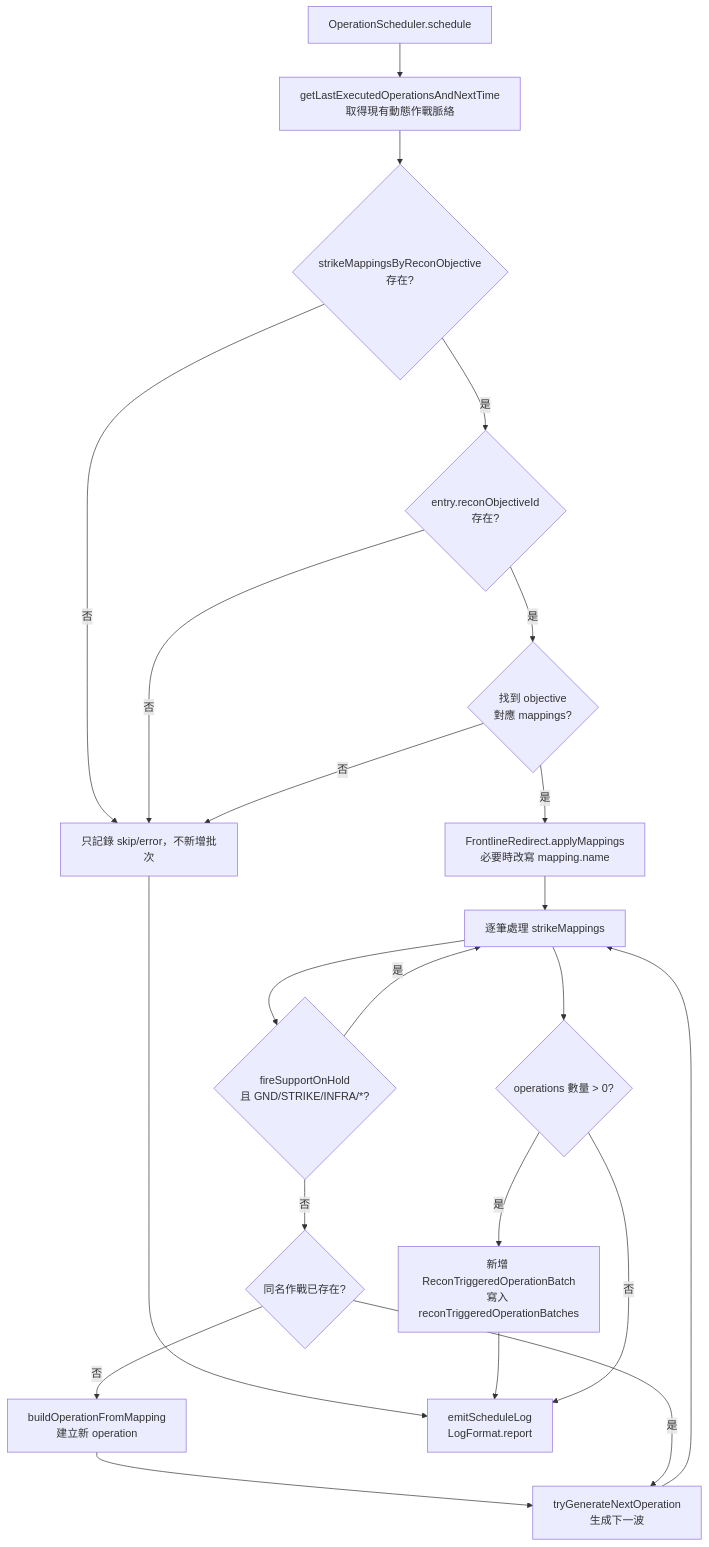
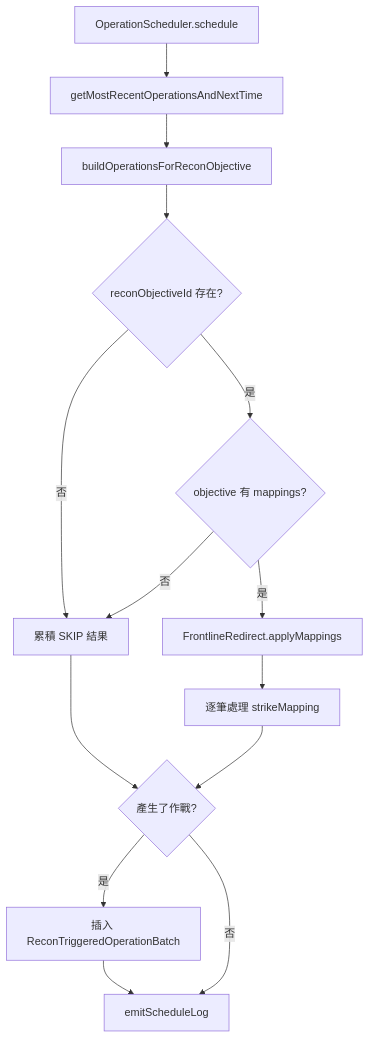
One commit to pullupjumper/formosa-in-flames changed the first of 2 diagrams in docs/strikePlanner/operationScheduler.md. Above: the diagram before and after it, drawn with Mermaid. The commit also changed other lines of this file and 1 other file, not shown here.

First line of the commit message:
docs(strikePlanner): record the scheduling invariants and expand the diagrams

````diff
--- a/docs/strikePlanner/operationScheduler.md
+++ b/docs/strikePlanner/operationScheduler.md
@@ -68,36 +25,23 @@
 ```mermaid
 flowchart TD
     START["OperationScheduler.schedule"]
-    CONTEXT["getLastExecutedOperationsAndNextTime<br>取得現有動態作戰脈絡"]
-    MAPTABLE{"strikeMappingsByReconObjective<br>存在?"}
-    OBJECTIVE{"entry.reconObjectiveId<br>存在?"}
-    MAPPING{"找到 objective<br>對應 mappings?"}
-    REDIRECT["FrontlineRedirect.applyMappings<br>必要時改寫 mapping.name"]
-    LOOP["逐筆處理 strikeMappings"]
-    HOLD{"fireSupportOnHold<br>且 GND/STRIKE/INFRA/*?"}
-    EXISTS{"同名作戰已存在?"}
-    NEWOP["buildOperationFromMapping<br>建立新 operation"]
-    NEXTOP["tryGenerateNextOperation<br>生成下一波"]
-    INSERT{"operations 數量 > 0?"}
-    BATCH["新增 ReconTriggeredOperationBatch<br>寫入 reconTriggeredOperationBatches"]
-    LOG["emitScheduleLog<br/>LogFormat.report"]
-    SKIP["只記錄 skip/error，不新增批次"]
+    SNAPSHOT["getMostRecentOperationsAndNextTime"]
+    BUILD["buildOperationsForReconObjective"]
+    OBJECTIVE{"reconObjectiveId 存在?"}
+    MAPPING{"objective 有 mappings?"}
+    REDIRECT["FrontlineRedirect.applyMappings"]
+    LOOP["逐筆處理 strikeMapping"]
+    INSERT{"產生了作戰?"}
+    BATCH["插入 ReconTriggeredOperationBatch"]
+    LOG["emitScheduleLog"]
+    SKIP["累積 SKIP 結果"]
 
-    START --> CONTEXT --> MAPTABLE
-    MAPTABLE -->|否| SKIP
-    MAPTABLE -->|是| OBJECTIVE
+    START --> SNAPSHOT --> BUILD --> OBJECTIVE
     OBJECTIVE -->|否| SKIP
     OBJECTIVE -->|是| MAPPING
     MAPPING -->|否| SKIP
-    MAPPING -->|是| REDIRECT --> LOOP
-    LOOP --> HOLD
-    HOLD -->|是| LOOP
-    HOLD -->|否| EXISTS
-    EXISTS -->|否| NEWOP --> NEXTOP
-    EXISTS -->|是| NEXTOP
-    NEXTOP --> LOOP
-    LOOP --> INSERT
-    SKIP --> LOG
+    MAPPING -->|是| REDIRECT --> LOOP --> INSERT
+    SKIP --> INSERT
     INSERT -->|是| BATCH --> LOG
     INSERT -->|否| LOG
 ```
````
